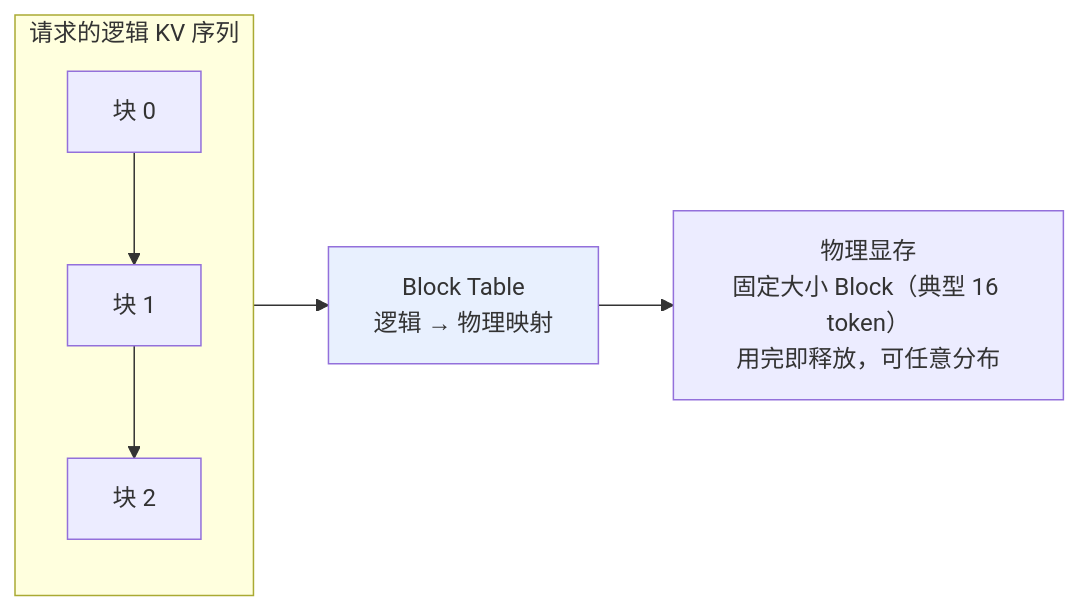
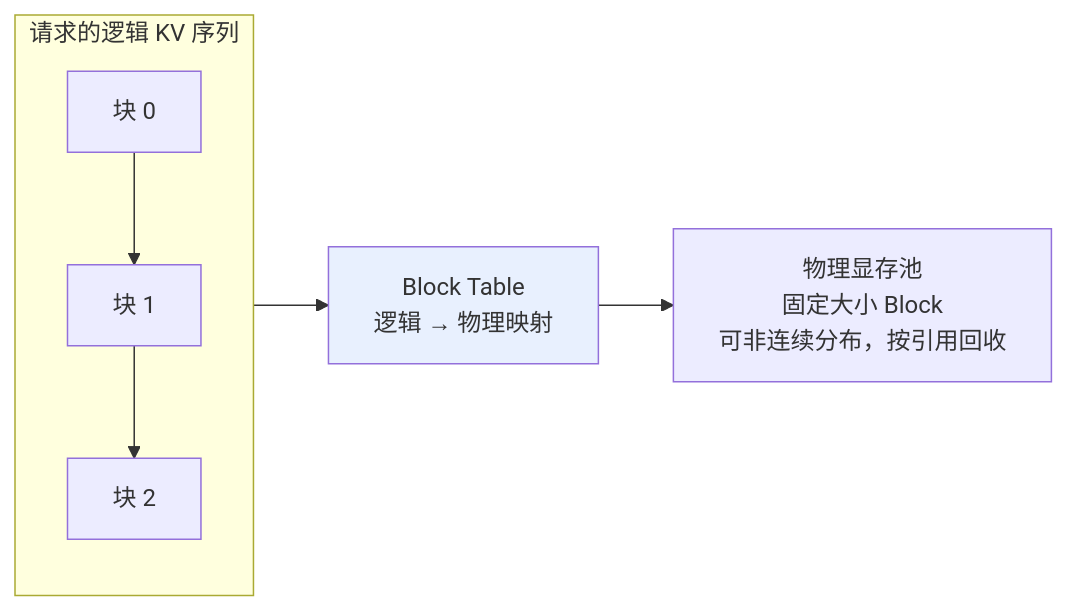
Before and after one commit to oneleaveknowsthefall/awesome-ai-roadmap: the first of 2 diagrams in docs/llm/03-inference-serving/20-deployment-frameworks.md, drawn with Mermaid. The commit also changed other lines of this file and 45 other files, not shown here.

````diff
--- a/docs/llm/03-inference-serving/20-deployment-frameworks.md
+++ b/docs/llm/03-inference-serving/20-deployment-frameworks.md
@@ -25,10 +31,10 @@
 ```mermaid
 flowchart LR
     subgraph L["请求的逻辑 KV 序列"]
         A1["块 0"] --> A2["块 1"] --> A3["块 2"]
     end
     L --> BT["Block Table<br/>逻辑 → 物理映射"]
-    BT --> P["物理显存<br/>固定大小 Block（典型 16 token）<br/>用完即释放，可任意分布"]
+    BT --> P["物理显存池<br/>固定大小 Block<br/>可非连续分布，按引用回收"]
 
     style BT fill:#e8f0fe
 ```
````
